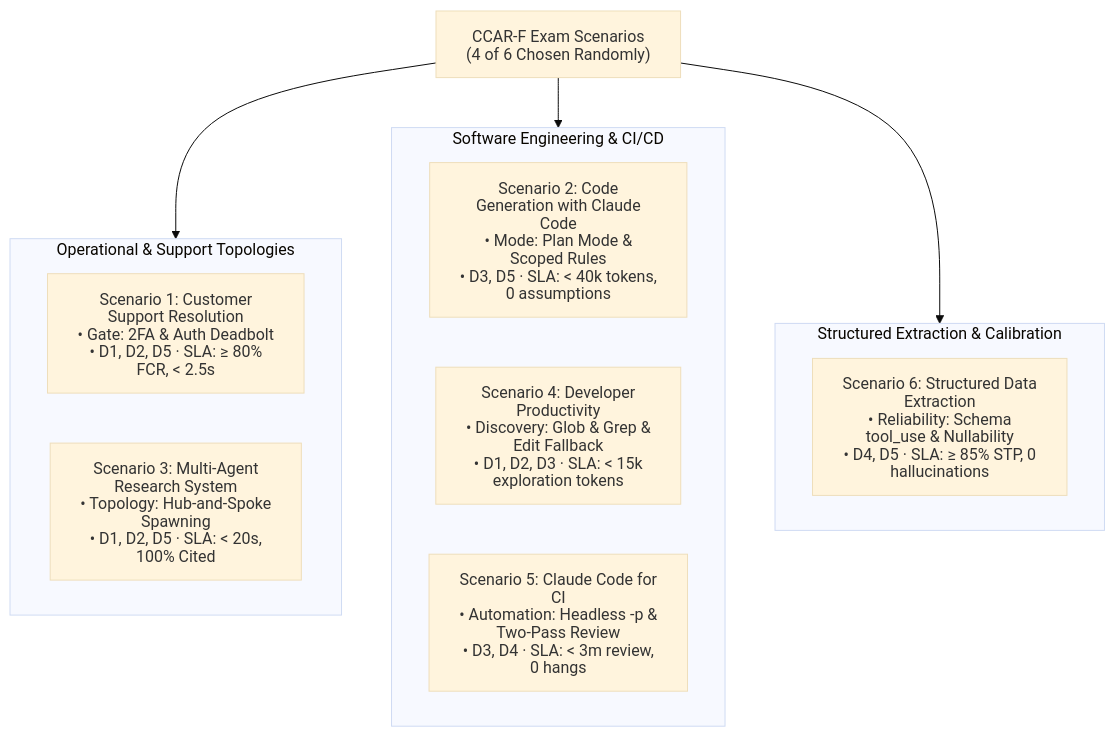
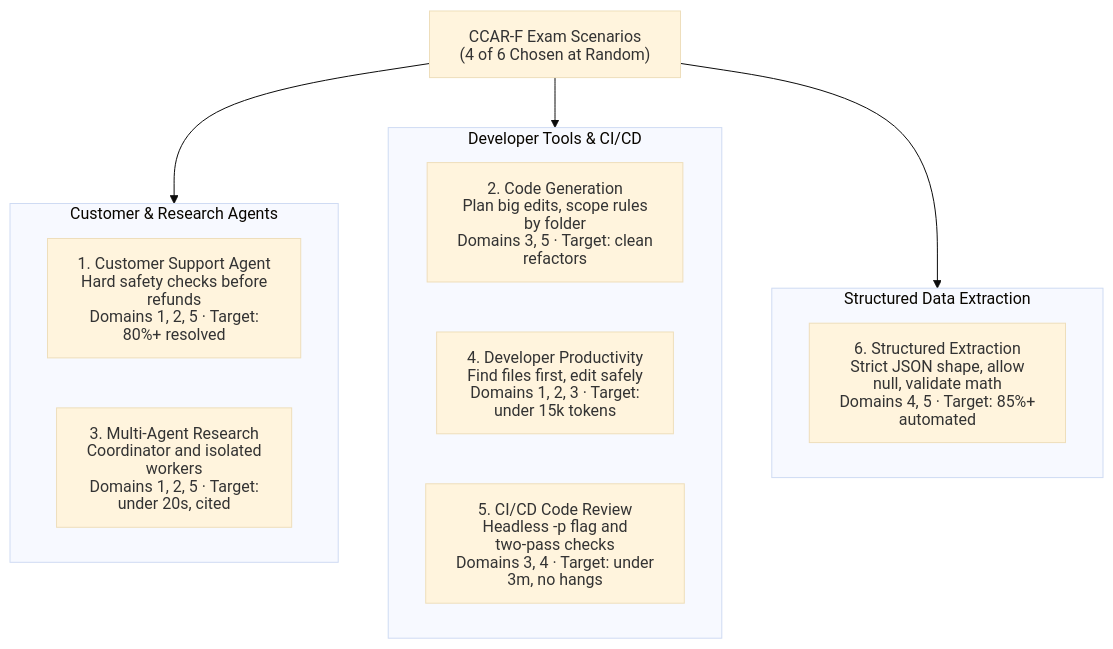
The diagram in scenarios/README.md (dip4k/claude_cert_architect_foundation_prep), drawn with Mermaid (base theme) before and after one commit. The commit also changed other lines of this file and 13 other files, not shown here.

````diff
--- a/scenarios/README.md
+++ b/scenarios/README.md
@@ -15,27 +32,27 @@
 ```mermaid
 ---
 config:
   htmlLabels: false
 ---
 flowchart TD
-    Exam["CCAR-F Exam Scenarios<br>(4 of 6 Chosen Randomly)"]
-    
-    subgraph CoreAgents ["Operational & Support Topologies"]
-        S1["Scenario 1: Customer Support Resolution<br>• Gate: 2FA & Auth Deadbolt<br>• D1, D2, D5 · SLA: &ge; 80% FCR, &lt; 2.5s"]
-        S3["Scenario 3: Multi-Agent Research System<br>• Topology: Hub-and-Spoke Spawning<br>• D1, D2, D5 · SLA: &lt; 20s, 100% Cited"]
+    Exam["CCAR-F Exam Scenarios<br>(4 of 6 Chosen at Random)"]
+
+    subgraph CoreAgents ["Customer & Research Agents"]
+        S1["1. Customer Support Agent<br>Hard safety checks before refunds<br>Domains 1, 2, 5 · Target: 80%+ resolved"]
+        S3["3. Multi-Agent Research<br>Coordinator and isolated workers<br>Domains 1, 2, 5 · Target: under 20s, cited"]
     end
 
-    subgraph DeveloperWorkflows ["Software Engineering & CI/CD"]
-        S2["Scenario 2: Code Generation with Claude Code<br>• Mode: Plan Mode & Scoped Rules<br>• D3, D5 · SLA: &lt; 40k tokens, 0 assumptions"]
-        S4["Scenario 4: Developer Productivity<br>• Discovery: Glob & Grep & Edit Fallback<br>• D1, D2, D3 · SLA: &lt; 15k exploration tokens"]
-        S5["Scenario 5: Claude Code for CI<br>• Automation: Headless -p & Two-Pass Review<br>• D3, D4 · SLA: &lt; 3m review, 0 hangs"]
+    subgraph DeveloperWorkflows ["Developer Tools & CI/CD"]
+        S2["2. Code Generation<br>Plan big edits, scope rules by folder<br>Domains 3, 5 · Target: clean refactors"]
+        S4["4. Developer Productivity<br>Find files first, edit safely<br>Domains 1, 2, 3 · Target: under 15k tokens"]
+        S5["5. CI/CD Code Review<br>Headless -p flag and two-pass checks<br>Domains 3, 4 · Target: under 3m, no hangs"]
     end
 
-    subgraph DataPipelines ["Structured Extraction & Calibration"]
-        S6["Scenario 6: Structured Data Extraction<br>• Reliability: Schema tool_use & Nullability<br>• D4, D5 · SLA: &ge; 85% STP, 0 hallucinations"]
+    subgraph DataPipelines ["Structured Data Extraction"]
+        S6["6. Structured Extraction<br>Strict JSON shape, allow null, validate math<br>Domains 4, 5 · Target: 85%+ automated"]
     end
 
     Exam --> CoreAgents
     Exam --> DeveloperWorkflows
     Exam --> DataPipelines
 ```
````
